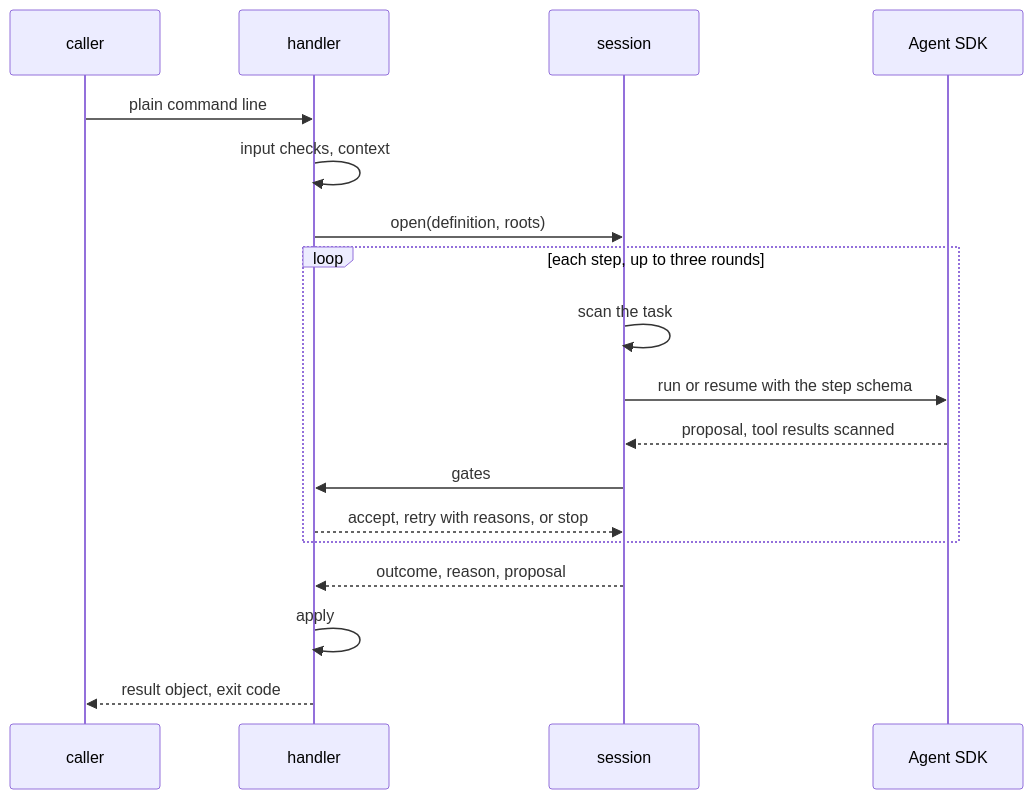
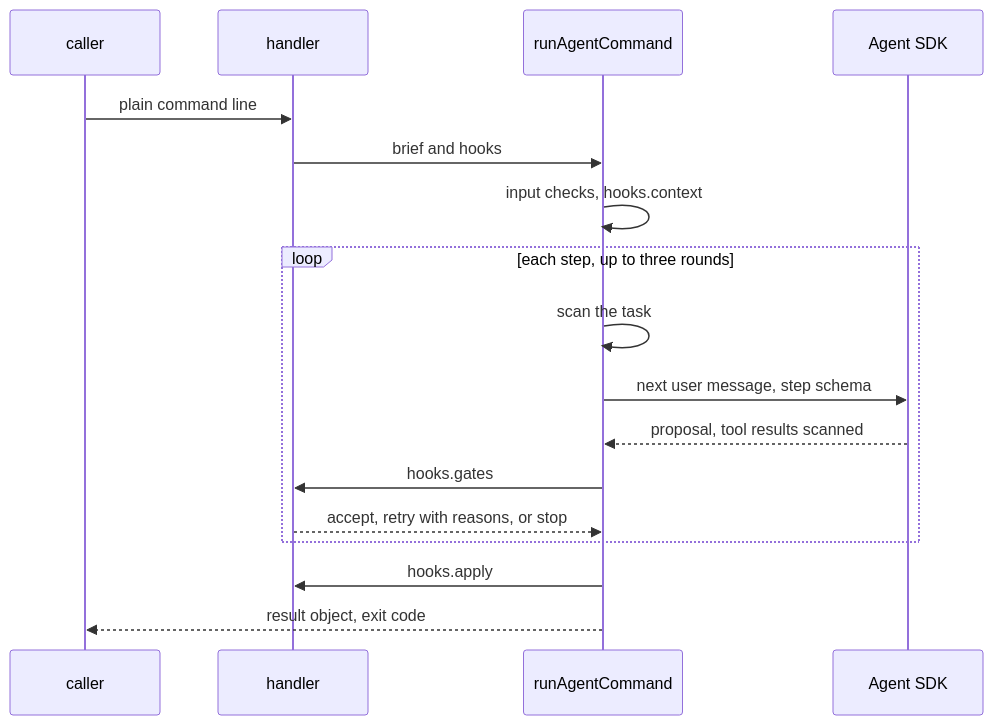
Before and after one commit to forwardimpact/monorepo: the second of 2 diagrams in specs/2410-agent-backed-commands/design-a.md, drawn with Mermaid. The commit also changed other lines of this file and 1 other file, not shown here.

````diff
--- a/specs/2410-agent-backed-commands/design-a.md
+++ b/specs/2410-agent-backed-commands/design-a.md
@@ -60,20 +62,19 @@
 ```mermaid
 sequenceDiagram
     participant C as caller
     participant D as handler
-    participant H as session
+    participant R as runAgentCommand
     participant S as Agent SDK
     C->>D: plain command line
-    D->>D: input checks, context
-    D->>H: open(definition, roots)
+    D->>R: brief and hooks
+    R->>R: input checks, hooks.context
     loop each step, up to three rounds
-        H->>H: scan the task
-        H->>S: run or resume with the step schema
-        S-->>H: proposal, tool results scanned
-        H->>D: gates
-        D-->>H: accept, retry with reasons, or stop
+        R->>R: scan the task
+        R->>S: next user message, step schema
+        S-->>R: proposal, tool results scanned
+        R->>D: hooks.gates
+        D-->>R: accept, retry with reasons, or stop
     end
-    H-->>D: outcome, reason, proposal
-    D->>D: apply
-    D-->>C: result object, exit code
+    R->>D: hooks.apply
+    R-->>C: result object, exit code
 ```
````
